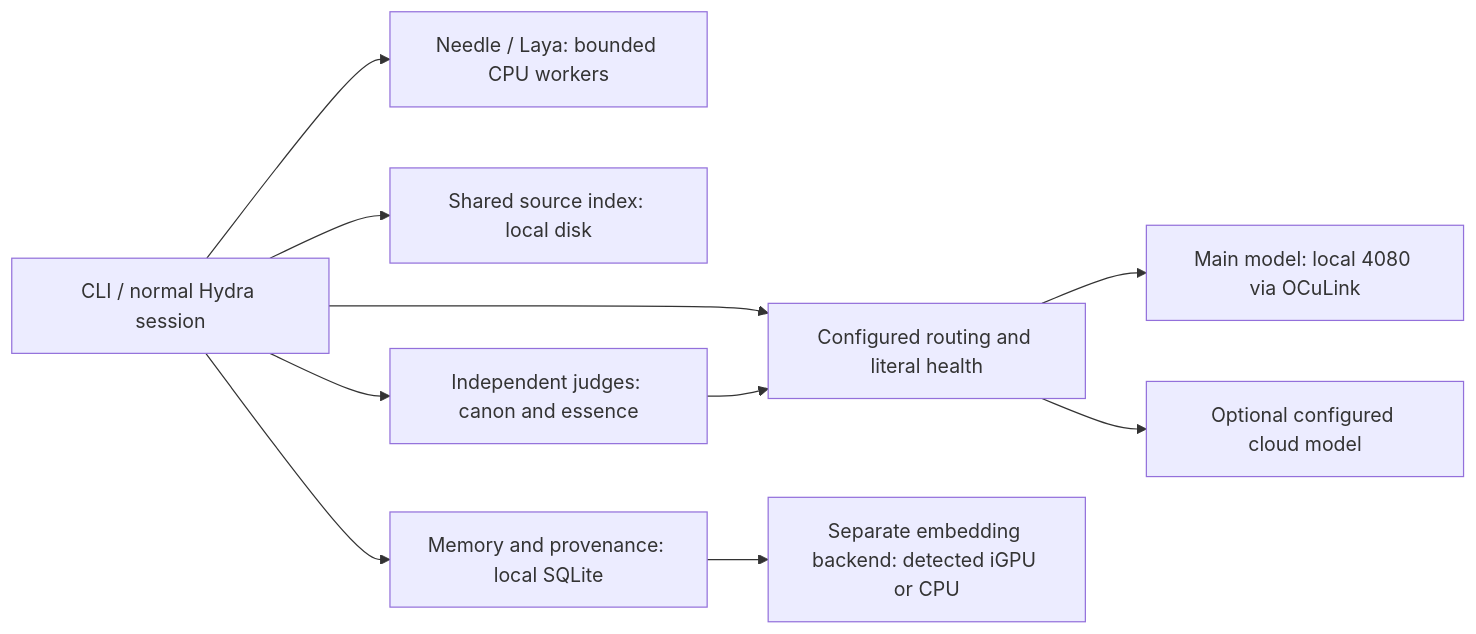
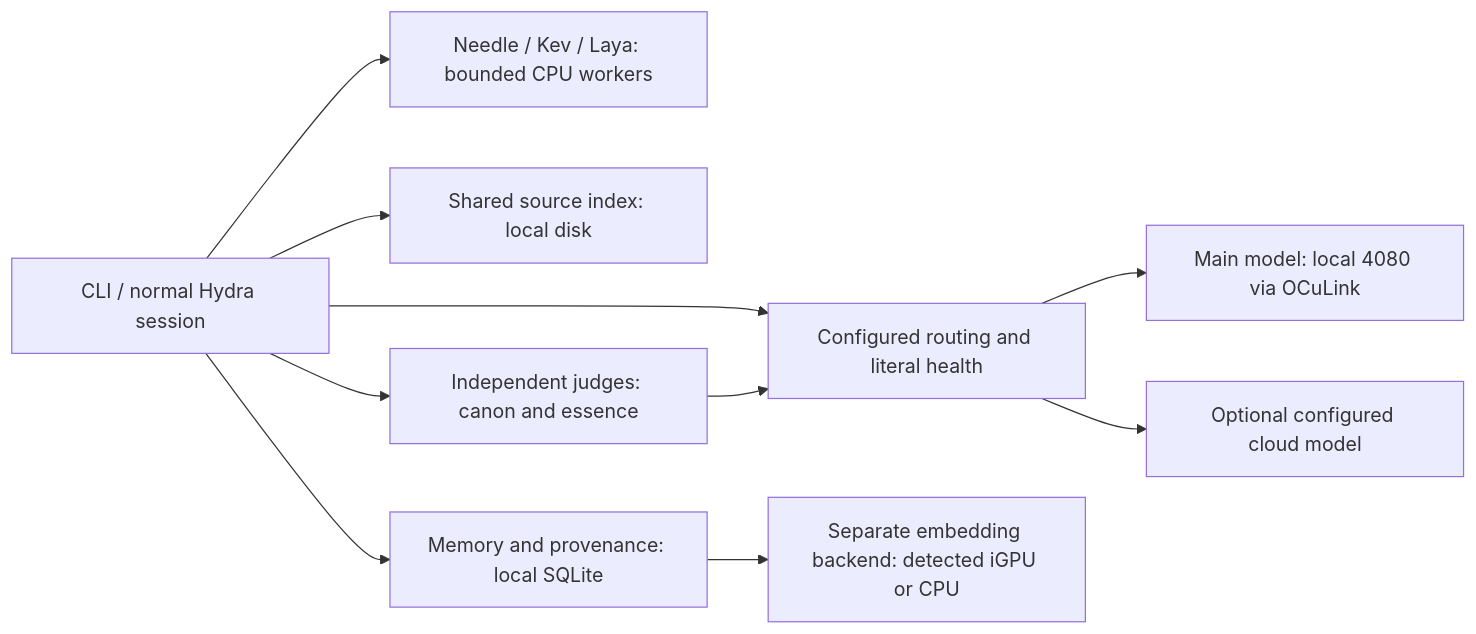
Before and after one commit to Tcuzzo/HydraAgent_public: the diagram in docs/LOCAL-AGNOSTIC-RUNTIME.md, drawn with Mermaid. The commit also changed other lines of this file and 4 other files, not shown here.

First line of the commit message:
feat: train local Needle and Kev candidates with sealed evaluation receipts

````diff
--- a/docs/LOCAL-AGNOSTIC-RUNTIME.md
+++ b/docs/LOCAL-AGNOSTIC-RUNTIME.md
@@ -138,12 +142,12 @@
 ```mermaid
 flowchart LR
     U[CLI / normal Hydra session] --> R[Configured routing and literal health]
     R --> G[Main model: local 4080 via OCuLink]
     R --> C[Optional configured cloud model]
-    U --> N[Needle / Laya: bounded CPU workers]
+    U --> N[Needle / Kev / Laya: bounded CPU workers]
     U --> I[Shared source index: local disk]
     U --> M[Memory and provenance: local SQLite]
     M --> E[Separate embedding backend: detected iGPU or CPU]
     U --> T[Independent judges: canon and essence]
     T --> R
 ```
````
